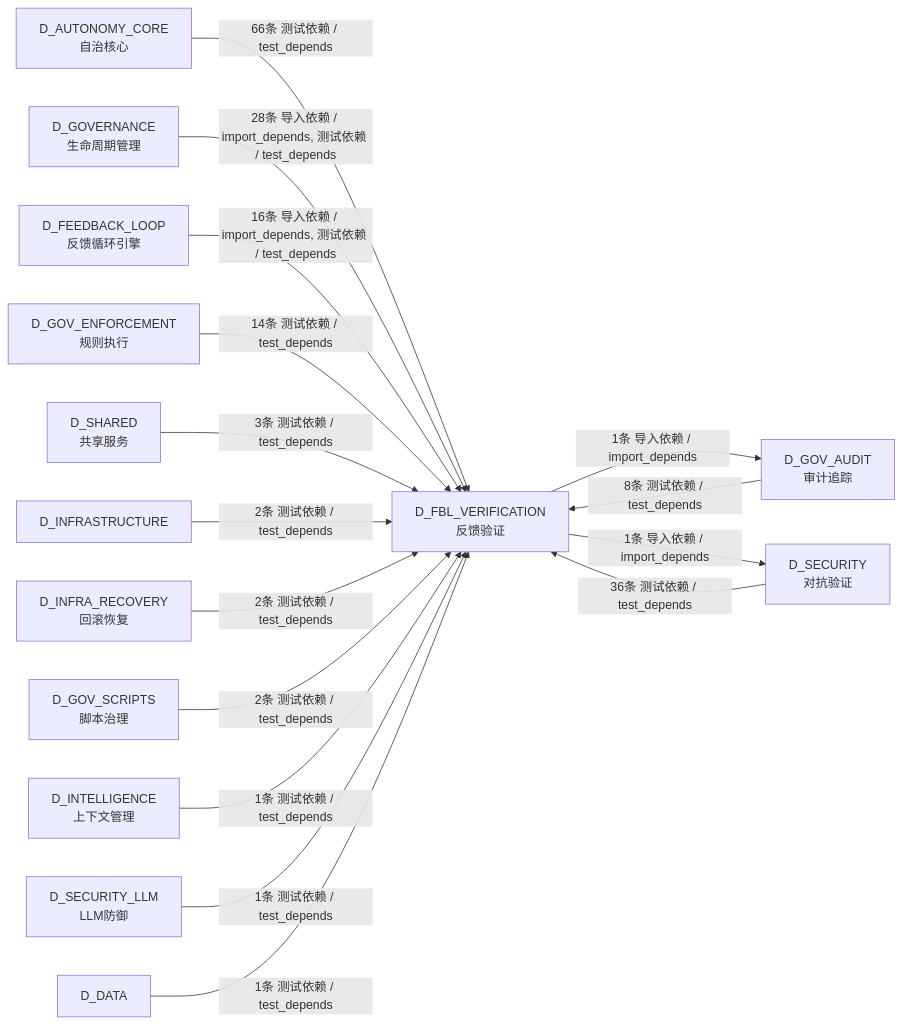
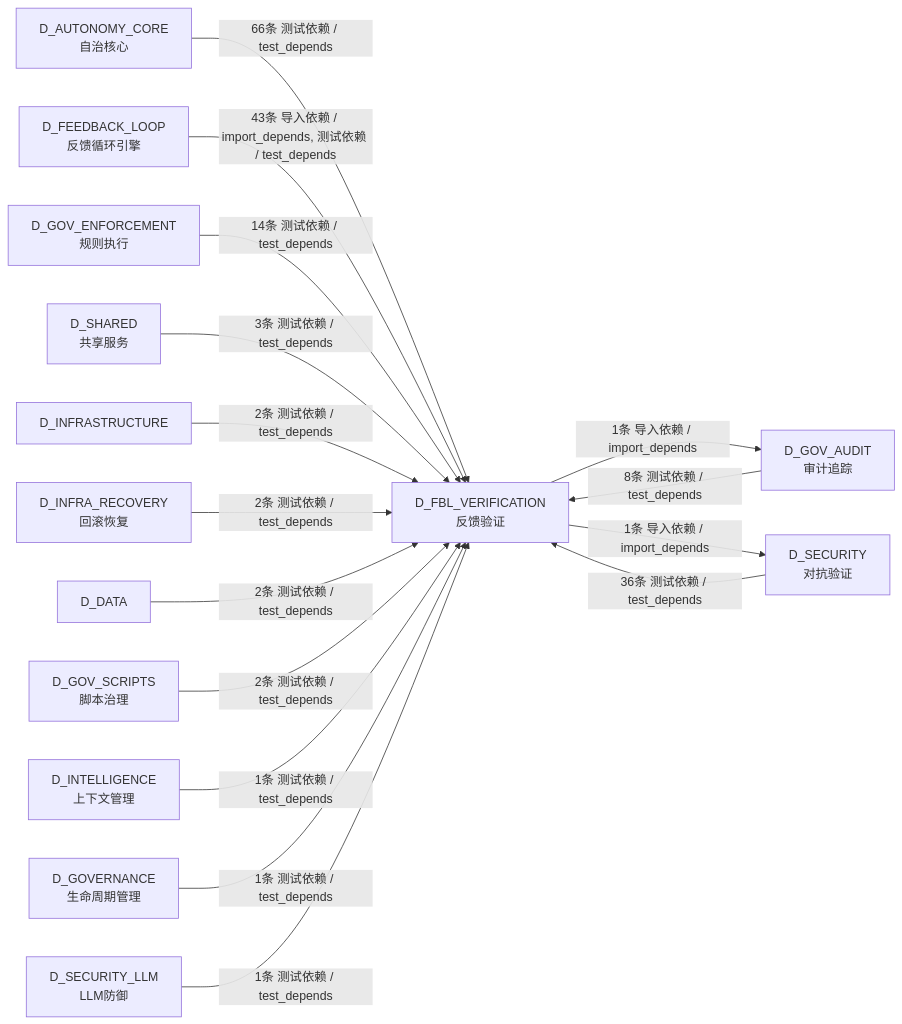
One commit to xuanFelixVan/ZephyrAlpha changed the fifth of 5 diagrams in docs/02_enterprise_architecture/02_domain_architecture_docs/11_d_fbl_verification.md. Above: the diagram before and after it, drawn with Mermaid. The commit also changed other lines of this file and 122 other files, not shown here.

````diff
--- a/docs/02_enterprise_architecture/02_domain_architecture_docs/11_d_fbl_verification.md
+++ b/docs/02_enterprise_architecture/02_domain_architecture_docs/11_d_fbl_verification.md
@@ -490,32 +490,32 @@
 ```mermaid
 graph LR
     D_FBL_VERIFICATION["D_FBL_VERIFICATION<br/>反馈验证"]
     D_GOV_AUDIT["D_GOV_AUDIT<br/>审计追踪"]
     D_SECURITY["D_SECURITY<br/>对抗验证"]
     D_AUTONOMY_CORE["D_AUTONOMY_CORE<br/>自治核心"]
-    D_GOVERNANCE["D_GOVERNANCE<br/>生命周期管理"]
     D_FEEDBACK_LOOP["D_FEEDBACK_LOOP<br/>反馈循环引擎"]
     D_GOV_ENFORCEMENT["D_GOV_ENFORCEMENT<br/>规则执行"]
     D_SHARED["D_SHARED<br/>共享服务"]
     D_INFRASTRUCTURE["D_INFRASTRUCTURE"]
     D_INFRA_RECOVERY["D_INFRA_RECOVERY<br/>回滚恢复"]
+    D_DATA["D_DATA"]
     D_GOV_SCRIPTS["D_GOV_SCRIPTS<br/>脚本治理"]
     D_INTELLIGENCE["D_INTELLIGENCE<br/>上下文管理"]
+    D_GOVERNANCE["D_GOVERNANCE<br/>生命周期管理"]
     D_SECURITY_LLM["D_SECURITY_LLM<br/>LLM防御"]
-    D_DATA["D_DATA"]
     D_FBL_VERIFICATION -->|1条 导入依赖 / import_depends| D_GOV_AUDIT
     D_FBL_VERIFICATION -->|1条 导入依赖 / import_depends| D_SECURITY
     D_AUTONOMY_CORE -->|66条 测试依赖 / test_depends| D_FBL_VERIFICATION
+    D_FEEDBACK_LOOP -->|43条 导入依赖 / import_depends, 测试依赖 / test_depends| D_FBL_VERIFICATION
     D_SECURITY -->|36条 测试依赖 / test_depends| D_FBL_VERIFICATION
-    D_GOVERNANCE -->|28条 导入依赖 / import_depends, 测试依赖 / test_depends| D_FBL_VERIFICATION
-    D_FEEDBACK_LOOP -->|16条 导入依赖 / import_depends, 测试依赖 / test_depends| D_FBL_VERIFICATION
     D_GOV_ENFORCEMENT -->|14条 测试依赖 / test_depends| D_FBL_VERIFICATION
     D_GOV_AUDIT -->|8条 测试依赖 / test_depends| D_FBL_VERIFICATION
     D_SHARED -->|3条 测试依赖 / test_depends| D_FBL_VERIFICATION
     D_INFRASTRUCTURE -->|2条 测试依赖 / test_depends| D_FBL_VERIFICATION
     D_INFRA_RECOVERY -->|2条 测试依赖 / test_depends| D_FBL_VERIFICATION
+    D_DATA -->|2条 测试依赖 / test_depends| D_FBL_VERIFICATION
     D_GOV_SCRIPTS -->|2条 测试依赖 / test_depends| D_FBL_VERIFICATION
     D_INTELLIGENCE -->|1条 测试依赖 / test_depends| D_FBL_VERIFICATION
+    D_GOVERNANCE -->|1条 测试依赖 / test_depends| D_FBL_VERIFICATION
     D_SECURITY_LLM -->|1条 测试依赖 / test_depends| D_FBL_VERIFICATION
-    D_DATA -->|1条 测试依赖 / test_depends| D_FBL_VERIFICATION
 ```
````
